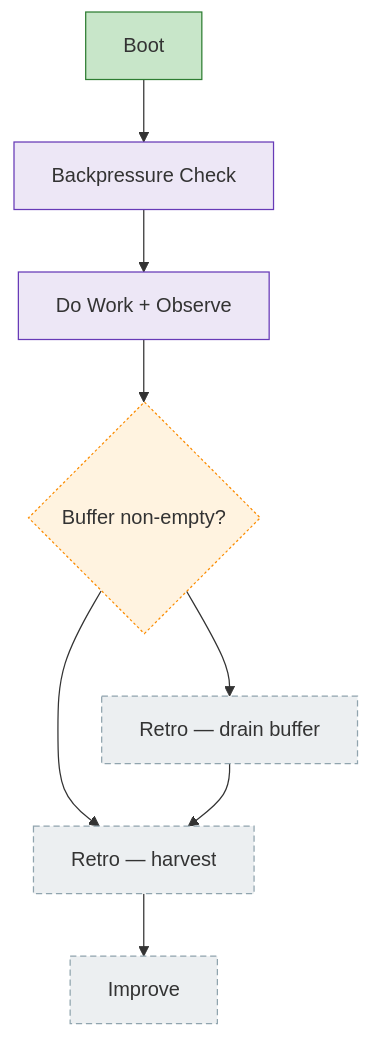
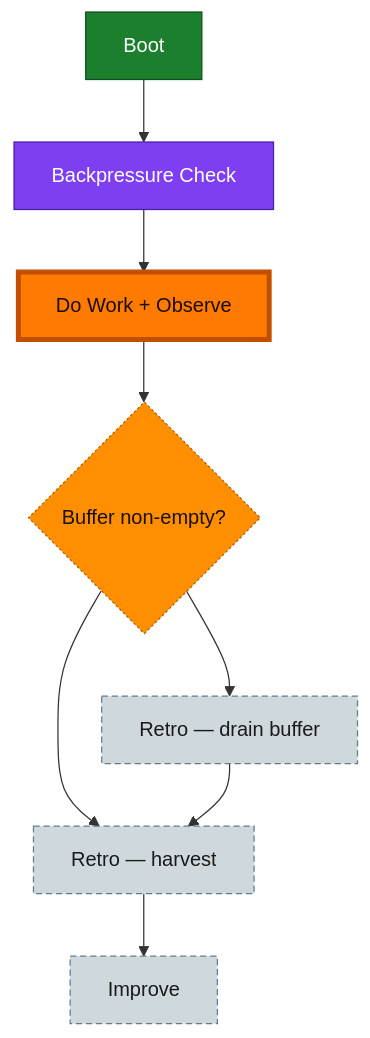
Before and after one commit to AI-Substrate/harness-engineering: the diagram in harness/cli/test/services/flow/fixtures/render/harness-loop.md, drawn with Mermaid. The commit also changed other lines of this file and 7 other files, not shown here.

First line of the commit message:
feat(flow-040): visible chore status + vivid render palette + current-node highlight

````diff
--- a/harness/cli/test/services/flow/fixtures/render/harness-loop.md
+++ b/harness/cli/test/services/flow/fixtures/render/harness-loop.md
@@ -8,32 +8,35 @@
 ```mermaid
 flowchart TD
     boot["Boot"]:::done
     backpressure["Backpressure Check"]:::harness
     observe["Do Work + Observe"]:::harness
     drain_gate{"Buffer non-empty?"}:::decision
     retro_drain["Retro — drain buffer"]:::assumed
     retro_harvest["Retro — harvest"]:::assumed
     improve["Improve"]:::assumed
 
     boot --> backpressure
     backpressure --> observe
     observe --> drain_gate
     drain_gate --> retro_drain
     drain_gate --> retro_harvest
     retro_drain --> retro_harvest
     retro_harvest --> improve
 
-    classDef done fill:#C8E6C9,stroke:#2E7D32;
-    classDef wip fill:#FFE0B2,stroke:#EF6C00;
-    classDef blocked fill:#FFCDD2,stroke:#C62828;
-    classDef known fill:#BBDEFB,stroke:#1565C0;
-    classDef assumed fill:#ECEFF1,stroke:#90A4AE,stroke-dasharray:5 3;
-    classDef said fill:#FFF9C4,stroke:#F9A825;
-    classDef harness fill:#EDE7F6,stroke:#673AB7;
-    classDef decision fill:#FFF3E0,stroke:#FB8C00,stroke-dasharray:2 2;
-    classDef companion fill:#D1C4E9,stroke:#5E35B1;
-    classDef worker fill:#B2DFDB,stroke:#00897B;
-    classDef unknown fill:#FAFAFA,stroke:#BDBDBD,stroke-dasharray:1 4;
+    classDef done fill:#1B7F2E,stroke:#0F4F1B,color:#fff;
+    classDef wip fill:#43C04A,stroke:#1B7F2E,color:#04210A;
+    classDef blocked fill:#E53935,stroke:#8E1513,color:#fff;
+    classDef known fill:#1E73E8,stroke:#0D3F86,color:#fff;
+    classDef assumed fill:#CFD8DC,stroke:#607D8B,color:#1a1a1a,stroke-dasharray:5 3;
+    classDef said fill:#FFD21F,stroke:#C79100,color:#241c00;
+    classDef harness fill:#7E3FF2,stroke:#4A1FA8,color:#fff;
+    classDef harnessFaded fill:#D6CBEC,stroke:#A892D4,color:#5B4E78;
+    classDef decision fill:#FF8F00,stroke:#B25E00,color:#1a1100,stroke-dasharray:2 2;
+    classDef companion fill:#AB2FCB,stroke:#6A1480,color:#fff;
+    classDef worker fill:#00A38C,stroke:#005046,color:#fff;
+    classDef unknown fill:#ECEFF1,stroke:#90A4AE,color:#1a1a1a,stroke-dasharray:1 4;
     classDef impOptional stroke-dasharray:2 3;
     classDef impStrong stroke-width:3px;
+    classDef current fill:#FF7A00,stroke:#C24E00,color:#1a0e00,stroke-width:4px;
+    class observe current;
 ```
````
